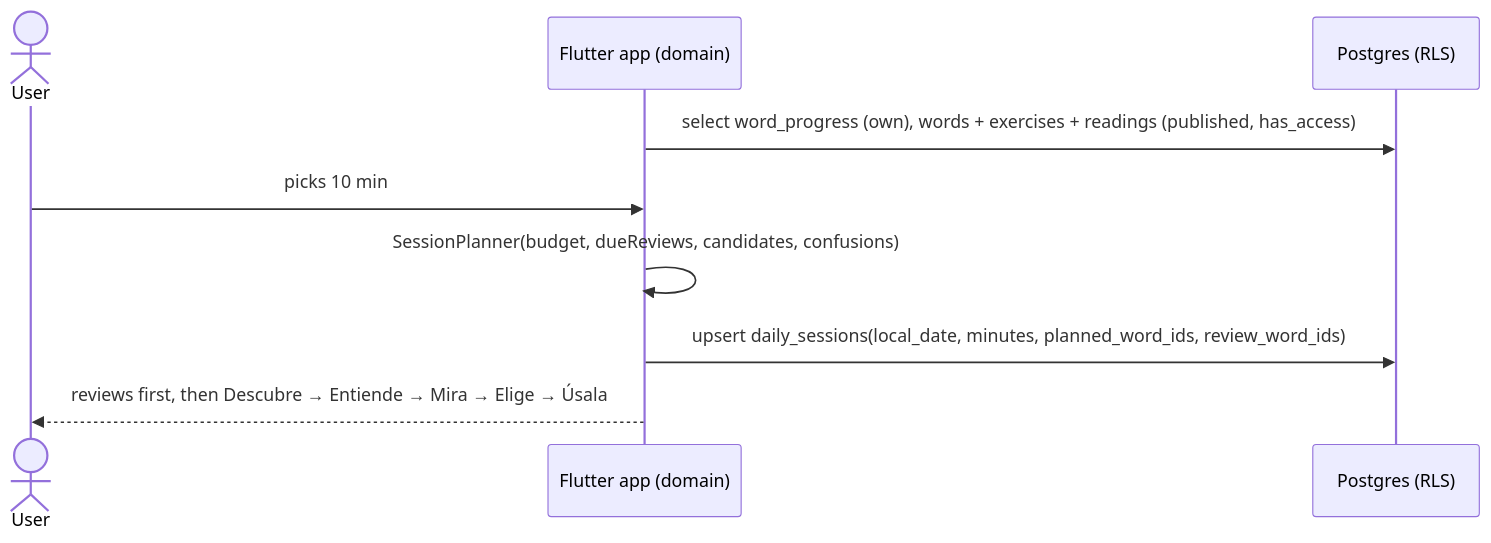
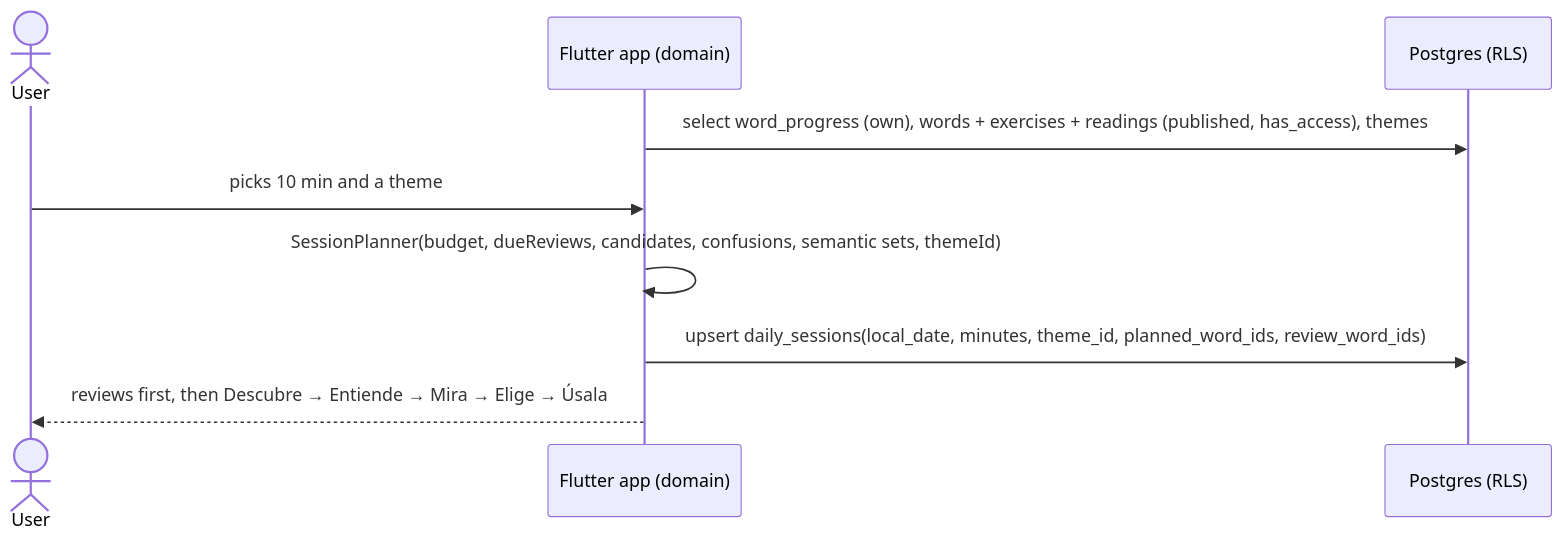
One commit to modoverbo/flui changed the fourth of 7 diagrams in docs/architecture.md. Above: the diagram before and after it, drawn with Mermaid. The commit also changed other lines of this file and 31 other files, not shown here.

Commit message:
feat(themes): let the daily session pick a theme and cascade honestly

````diff
--- a/docs/architecture.md
+++ b/docs/architecture.md
@@ -107,12 +107,12 @@
 ```mermaid
 sequenceDiagram
   actor U as User
   participant A as Flutter app (domain)
   participant DB as Postgres (RLS)
 
-  A->>DB: select word_progress (own), words + exercises + readings (published, has_access)
-  U->>A: picks 10 min
-  A->>A: SessionPlanner(budget, dueReviews, candidates, confusions)
-  A->>DB: upsert daily_sessions(local_date, minutes, planned_word_ids, review_word_ids)
+  A->>DB: select word_progress (own), words + exercises + readings (published, has_access), themes
+  U->>A: picks 10 min and a theme
+  A->>A: SessionPlanner(budget, dueReviews, candidates, confusions, semantic sets, themeId)
+  A->>DB: upsert daily_sessions(local_date, minutes, theme_id, planned_word_ids, review_word_ids)
   A-->>U: reviews first, then Descubre → Entiende → Mira → Elige → Úsala
 ```
````
